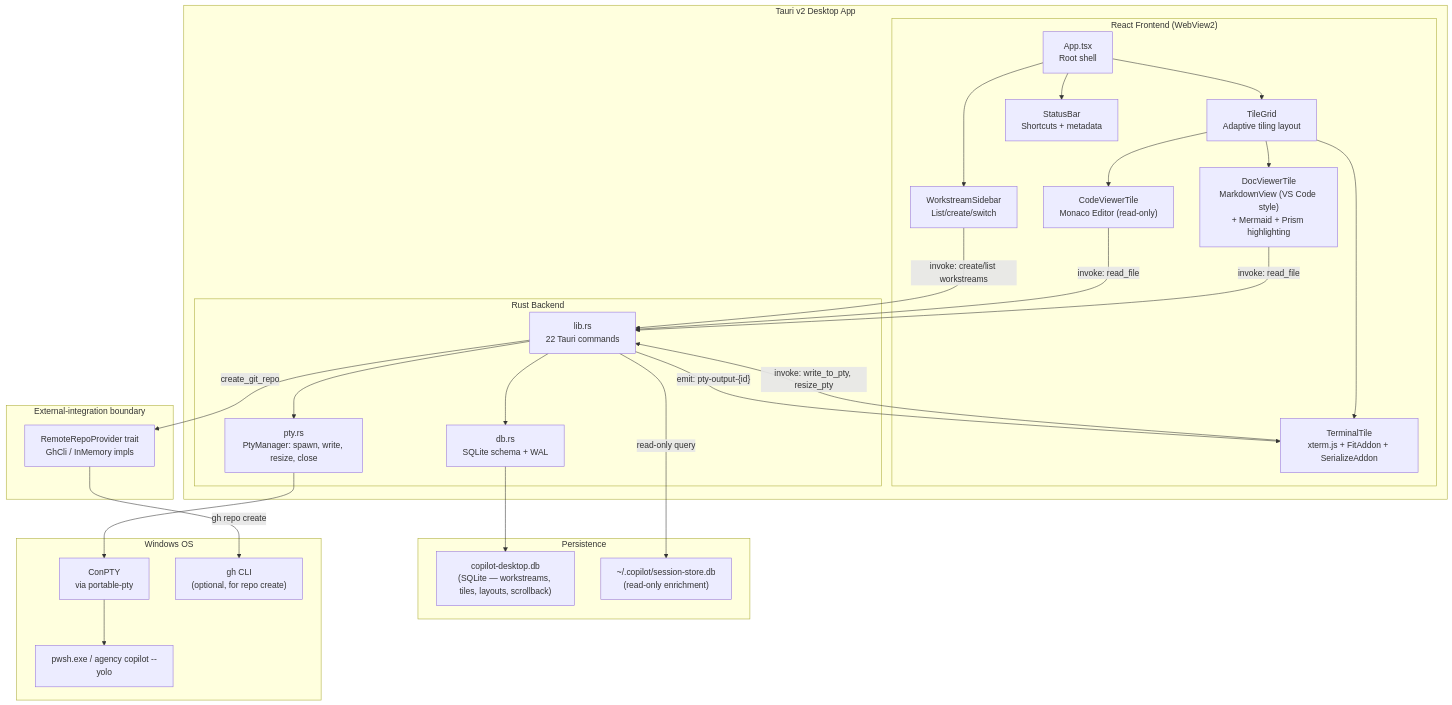
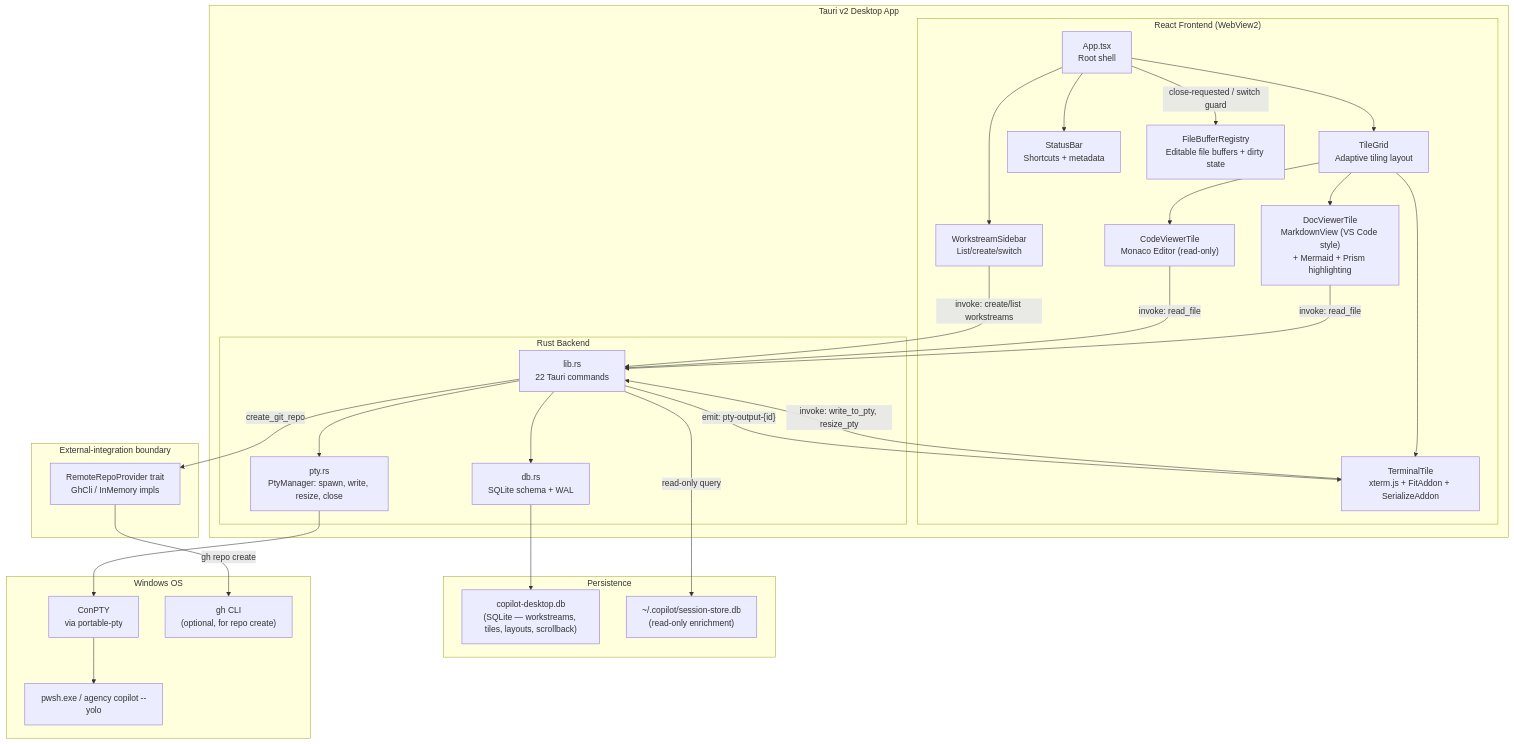
Before and after one commit to alejandroechev/workstreams: the diagram in docs/system-diagram.md, drawn with Mermaid. The commit also changed 3 other files, not shown here.

Commit message:
feat(app): confirm before discarding dirty file buffers on workstream switch / app quit

````diff
--- a/docs/system-diagram.md
+++ b/docs/system-diagram.md
@@ -3,57 +3,59 @@
 ```mermaid
 graph TB
     subgraph Tauri["Tauri v2 Desktop App"]
         subgraph Frontend["React Frontend (WebView2)"]
             App["App.tsx<br/>Root shell"]
             Sidebar["WorkstreamSidebar<br/>List/create/switch"]
             TileGrid["TileGrid<br/>Adaptive tiling layout"]
             Terminal["TerminalTile<br/>xterm.js + FitAddon + SerializeAddon"]
             CodeView["CodeViewerTile<br/>Monaco Editor (read-only)"]
             DocView["DocViewerTile<br/>MarkdownView (VS Code style)<br/>+ Mermaid + Prism highlighting"]
             StatusBar["StatusBar<br/>Shortcuts + metadata"]
+            FileBuffers["FileBufferRegistry<br/>Editable file buffers + dirty state"]
         end
 
         subgraph Backend["Rust Backend"]
             LibRS["lib.rs<br/>22 Tauri commands"]
             PtyRS["pty.rs<br/>PtyManager: spawn, write, resize, close"]
             DbRS["db.rs<br/>SQLite schema + WAL"]
         end
     end
 
     subgraph Storage["Persistence"]
         AppDB["copilot-desktop.db<br/>(SQLite — workstreams, tiles, layouts, scrollback)"]
         CopilotDB["~/.copilot/session-store.db<br/>(read-only enrichment)"]
     end
 
     subgraph OS["Windows OS"]
         ConPTY["ConPTY<br/>via portable-pty"]
         Shell["pwsh.exe / agency copilot --yolo"]
         GhCli["gh CLI<br/>(optional, for repo create)"]
     end
 
     subgraph Providers["External-integration boundary"]
         RemoteProv["RemoteRepoProvider trait<br/>GhCli / InMemory impls"]
     end
 
     App --> Sidebar
     App --> TileGrid
     TileGrid --> Terminal
     TileGrid --> CodeView
     TileGrid --> DocView
     App --> StatusBar
+    App -- "close-requested / switch guard" --> FileBuffers
 
     Terminal -- "invoke: write_to_pty, resize_pty" --> LibRS
     LibRS -- "emit: pty-output-{id}" --> Terminal
     Sidebar -- "invoke: create/list workstreams" --> LibRS
     CodeView -- "invoke: read_file" --> LibRS
     DocView -- "invoke: read_file" --> LibRS
 
     LibRS --> PtyRS
     LibRS --> DbRS
     PtyRS --> ConPTY
     ConPTY --> Shell
     DbRS --> AppDB
     LibRS -- "read-only query" --> CopilotDB
     LibRS -- "create_git_repo" --> RemoteProv
     RemoteProv -- "gh repo create" --> GhCli
 ```
````
